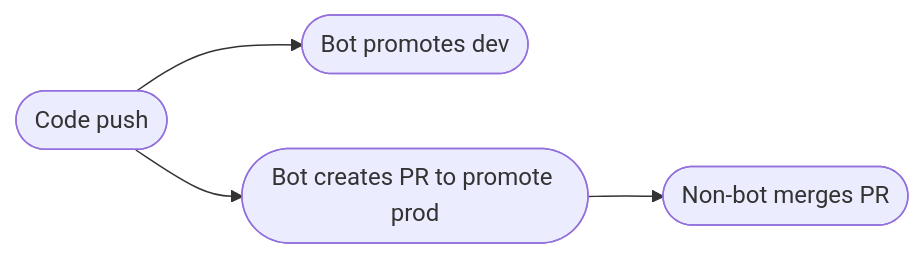
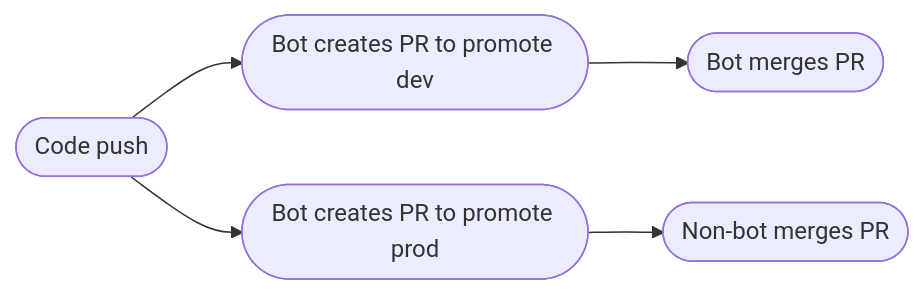
The diagram in README.md (slarwise/version-promote), drawn with Mermaid before and after one commit.

Commit message:
Clarify in the diagram that a pr is created for dev

````diff
--- a/README.md
+++ b/README.md
@@ -17,6 +17,7 @@
 ```mermaid
 flowchart LR
-    A([Code push]) --> B([Bot promotes dev])
-    A --> C([Bot creates PR to promote prod])
-    C --> D([Non-bot merges PR])
+    A([Code push]) --> B1([Bot creates PR to promote dev])
+    B1 --> B2([Bot merges PR])
+    A --> C1([Bot creates PR to promote prod])
+    C1 --> C2([Non-bot merges PR])
 ```
````
